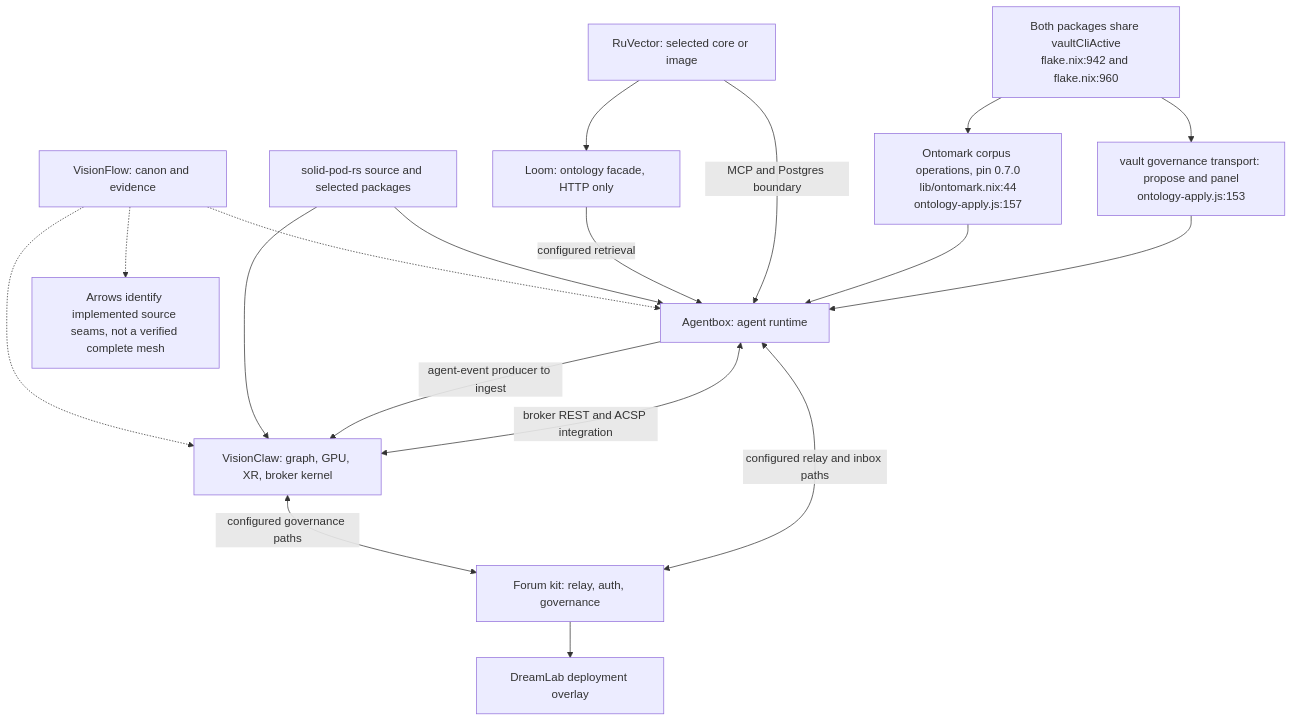
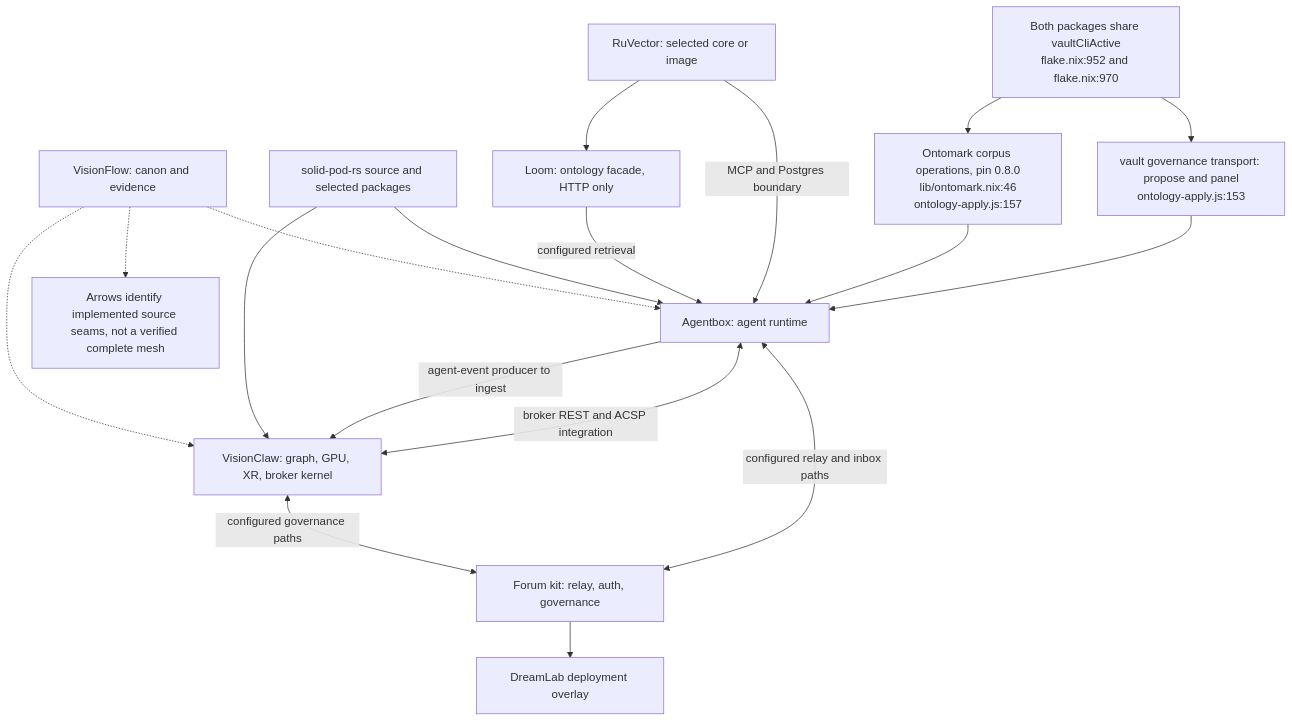
One commit to DreamLab-AI/VisionFlow changed the first of 7 diagrams in docs/diagrams/visionflow/08-compatibility-and-dependency-direction.md. Above: the diagram before and after it, drawn with Mermaid. The commit also changed other lines of this file and 49 other files, not shown here.

First line of the commit message:
docs(diagrams): re-derive and re-stamp VisionClaw, estate, knowledge-graph, visionGraph, VisionFlow and sidestr topics

````diff
--- a/docs/diagrams/visionflow/08-compatibility-and-dependency-direction.md
+++ b/docs/diagrams/visionflow/08-compatibility-and-dependency-direction.md
@@ -42,21 +42,21 @@
 ```mermaid
 flowchart TB
     VF["VisionFlow: canon and evidence"] -.-> VC["VisionClaw: graph, GPU, XR, broker kernel"]
     VF -.-> AB["Agentbox: agent runtime"]
     SPR["solid-pod-rs source and selected packages"] --> VC
     SPR --> AB
     NRF["Forum kit: relay, auth, governance"] --> DLW["DreamLab deployment overlay"]
     AB -->|agent-event producer to ingest| VC
     AB <-->|broker REST and ACSP integration| VC
     VC <-->|configured governance paths| NRF
     AB <-->|configured relay and inbox paths| NRF
     LOOM["Loom: ontology facade, HTTP only"] -->|configured retrieval| AB
     RV["RuVector: selected core or image"] --> LOOM
     RV -->|MCP and Postgres boundary| AB
-    CLI["Ontomark corpus operations, pin 0.7.0<br/>lib/ontomark.nix:44<br/>ontology-apply.js:157"] --> AB
+    CLI["Ontomark corpus operations, pin 0.8.0<br/>lib/ontomark.nix:46<br/>ontology-apply.js:157"] --> AB
     VAULT["vault governance transport: propose and panel<br/>ontology-apply.js:153"] --> AB
-    GATE["Both packages share vaultCliActive<br/>flake.nix:942 and flake.nix:960"] --> CLI
+    GATE["Both packages share vaultCliActive<br/>flake.nix:952 and flake.nix:970"] --> CLI
     GATE --> VAULT
     SCOPE["Arrows identify implemented source seams, not a verified complete mesh"]
     VF -.-> SCOPE
 ```
````
